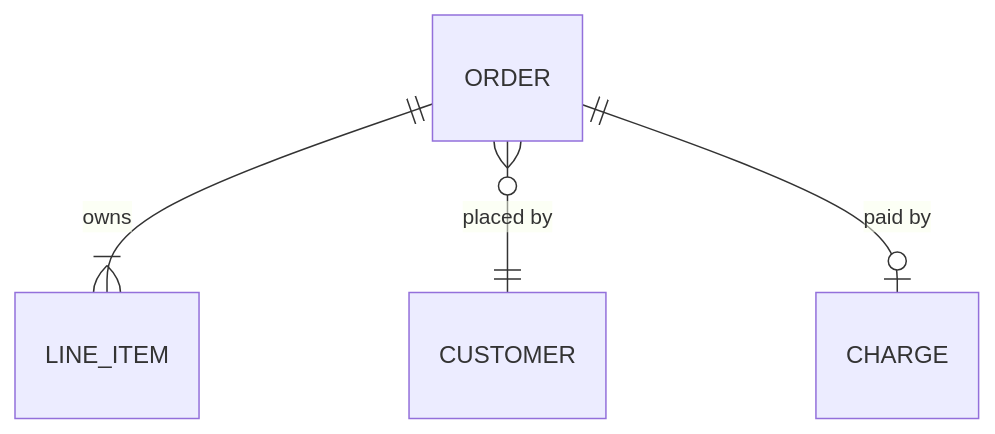
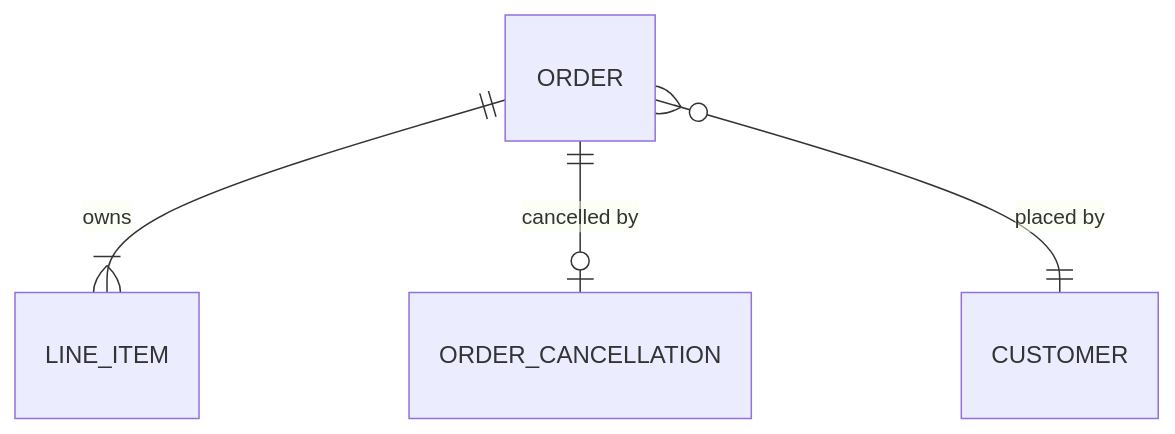
Before and after one commit to guygrigsby/claude-plugins: the third of 3 diagrams in plugins/ddd/skills/domain-driven-design/templates/domain-model.md, drawn with Mermaid. The commit also changed other lines of this file and 5 other files, not shown here.

````diff
--- a/plugins/ddd/skills/domain-driven-design/templates/domain-model.md
+++ b/plugins/ddd/skills/domain-driven-design/templates/domain-model.md
@@ -133,6 +134,6 @@
 ```mermaid
 erDiagram
     ORDER ||--|{ LINE_ITEM : owns
+    ORDER ||--o| ORDER_CANCELLATION : "cancelled by"
     ORDER }o--|| CUSTOMER : "placed by"
-    ORDER ||--o| CHARGE : "paid by"
 ```
````
